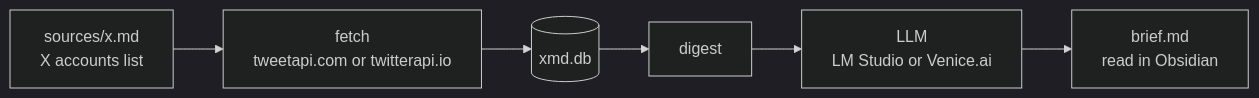
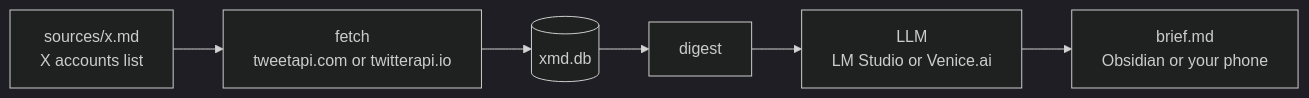
One commit to Socrates345/XtoMD changed the diagram in README.md. Above: the diagram before and after it, drawn with Mermaid (dark theme). The commit also changed other lines of this file, not shown here.

````diff
--- a/README.md
+++ b/README.md
@@ -17,8 +20,8 @@
 ```mermaid
 flowchart LR
     A["sources/x.md<br/>X accounts list"] --> B["fetch<br/>tweetapi.com or twitterapi.io"]
     B --> C[("xmd.db")]
     C --> D["digest"]
     D --> E["LLM<br/>LM Studio or Venice.ai"]
-    E --> F["brief.md<br/>read in Obsidian"]
+    E --> F["brief.md<br/>Obsidian or your phone"]
 ```
````
